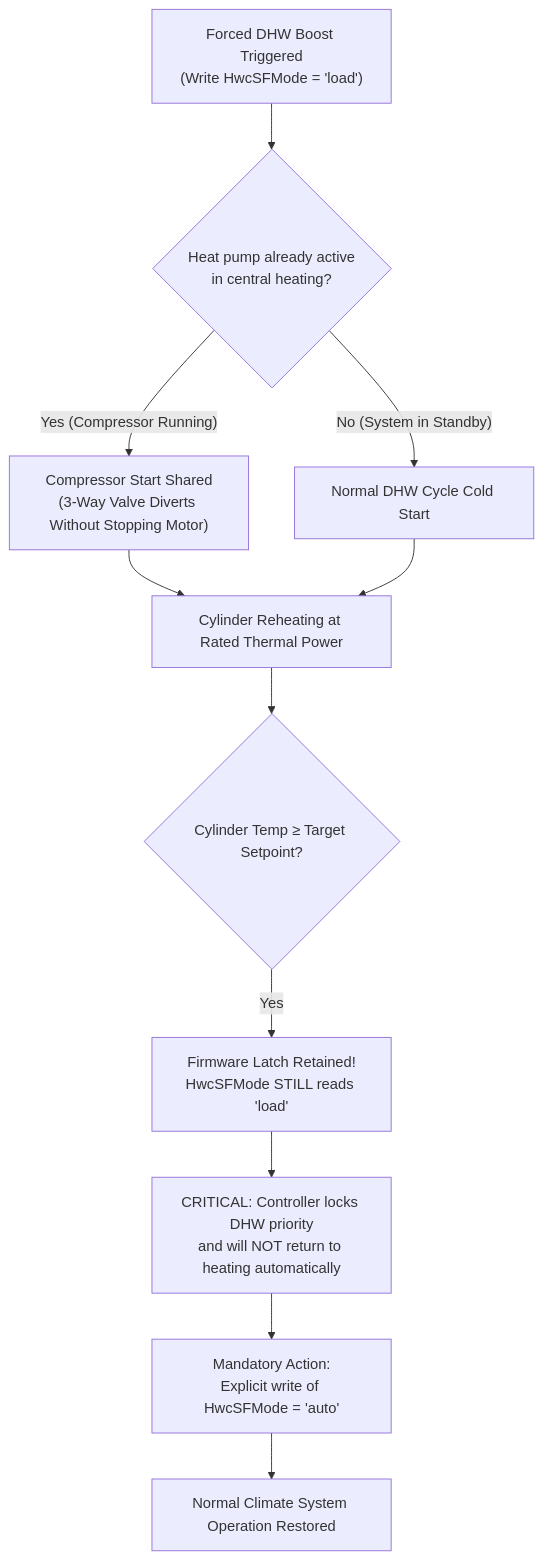
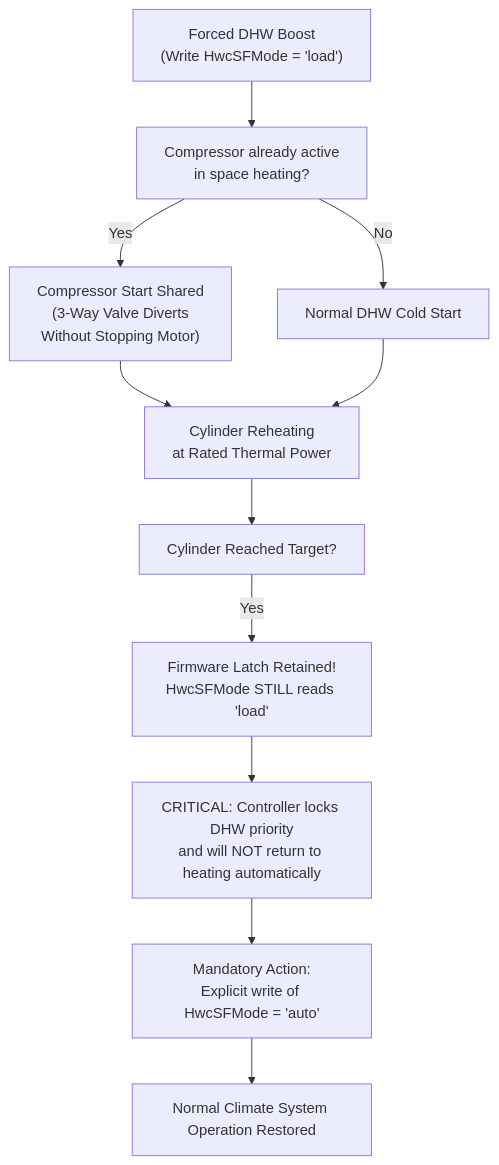
Before and after one commit to R91g/arotherm-genia-ebusd: the third of 3 diagrams in docs/technical_reference.md, drawn with Mermaid. The commit also changed other lines of this file and 3 other files, not shown here.

First line of the commit message:
docs: fix KaTeX math formula syntax, refine flowchart nodes, and update unit test count to 38

````diff
--- a/docs/technical_reference.md
+++ b/docs/technical_reference.md
@@ -259,17 +259,17 @@
 ```mermaid
 flowchart TD
-    Trigger["Forced DHW Boost Triggered<br/>(Write HwcSFMode = 'load')"] --> CheckRun{"Heat pump already active<br/>in central heating?"}
+    Trigger["Forced DHW Boost<br/>(Write HwcSFMode = 'load')"] --> CheckRun["Compressor already active<br/>in space heating?"]
     
-    CheckRun -- "Yes (Compressor Running)" --> ShareStart["Compressor Start Shared<br/>(3-Way Valve Diverts Without Stopping Motor)"]
-    CheckRun -- "No (System in Standby)" --> NewStart["Normal DHW Cycle Cold Start"]
+    CheckRun -- Yes --> ShareStart["Compressor Start Shared<br/>(3-Way Valve Diverts<br/>Without Stopping Motor)"]
+    CheckRun -- No --> NewStart["Normal DHW Cold Start"]
     
-    ShareStart --> Charging["Cylinder Reheating at Rated Thermal Power"]
+    ShareStart --> Charging["Cylinder Reheating<br/>at Rated Thermal Power"]
     NewStart --> Charging
     
-    Charging --> Reached{"Cylinder Temp &ge; Target Setpoint?"}
-    Reached -- "Yes" --> LatchState["Firmware Latch Retained!<br/>HwcSFMode STILL reads 'load'"]
+    Charging --> Reached["Cylinder Reached Target?"]
+    Reached -- Yes --> LatchState["Firmware Latch Retained!<br/>HwcSFMode STILL reads 'load'"]
     
     LatchState --> Warning["CRITICAL: Controller locks DHW priority<br/>and will NOT return to heating automatically"]
     Warning --> ResetCmd["Mandatory Action:<br/>Explicit write of HwcSFMode = 'auto'"]
     ResetCmd --> NormalMode["Normal Climate System Operation Restored"]
 ```
````
